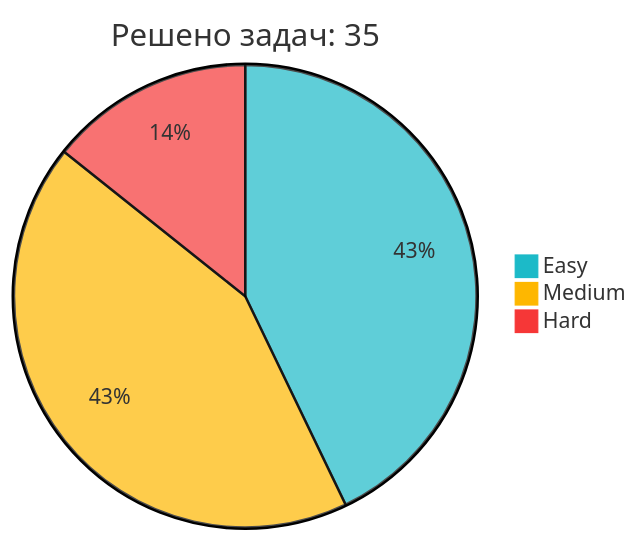
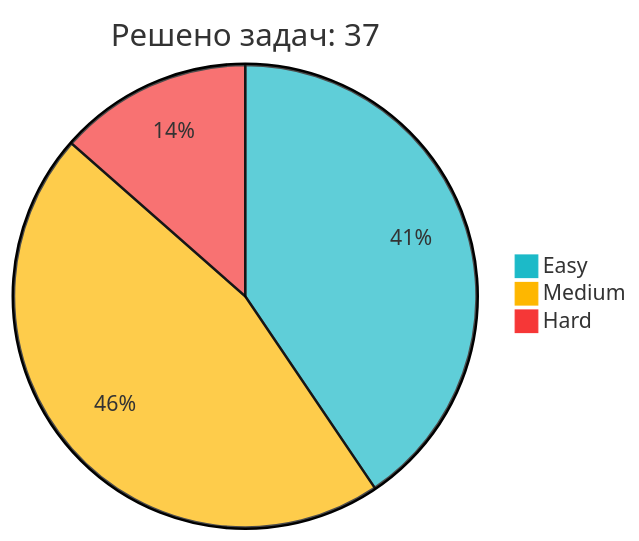
One commit to IliaKurdukov/IliaKurdukov changed the diagram in README.md. Above: the diagram before and after it, drawn with Mermaid. The commit also changed other lines of this file, not shown here.

Commit message:
📈 Обновление статистики LeetCode

````diff
--- a/README.md
+++ b/README.md
@@ -51,7 +51,7 @@
 ```mermaid
 %%{init: {'theme': 'base', 'themeVariables': { 'pie1': '#1CBAC8', 'pie2': '#FEB700', 'pie3': '#F63737' }, 'config': {'width': 300, 'height': 200}}}%%
-pie title Решено задач: 35
+pie title Решено задач: 37
    "Easy" : 15
-   "Medium" : 15
+   "Medium" : 17
    "Hard" : 5
 ```
````
